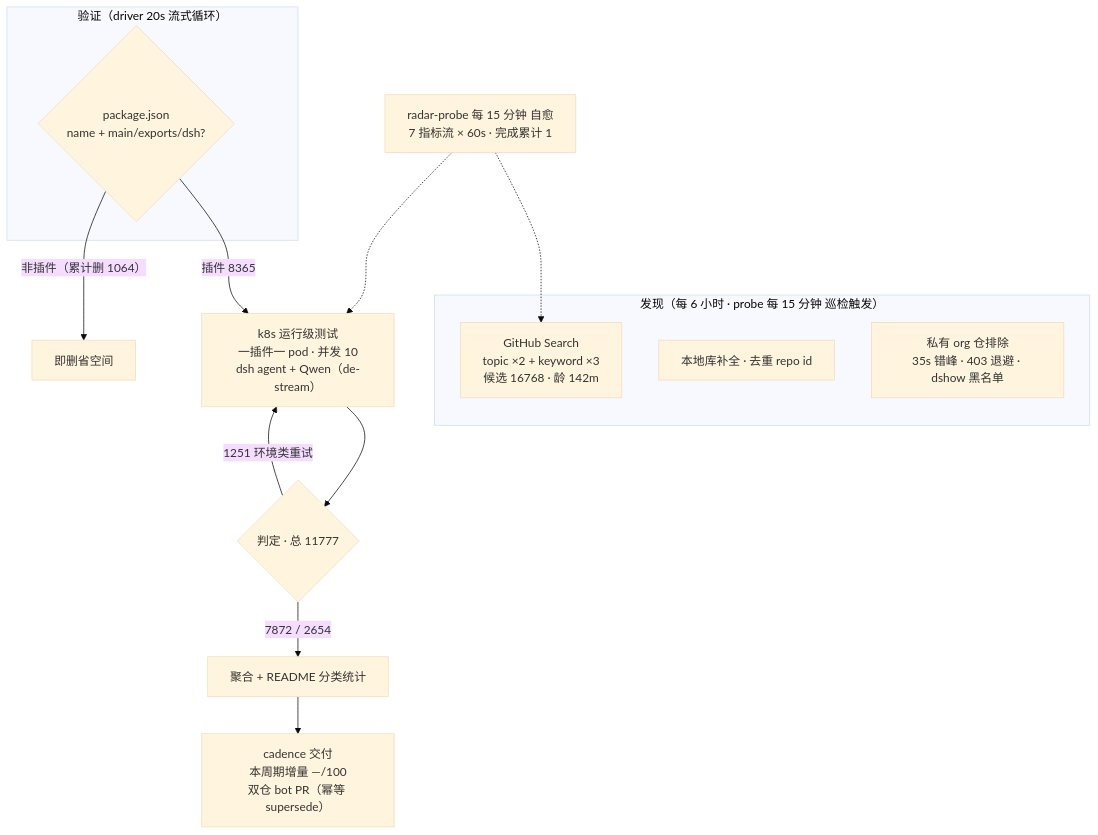
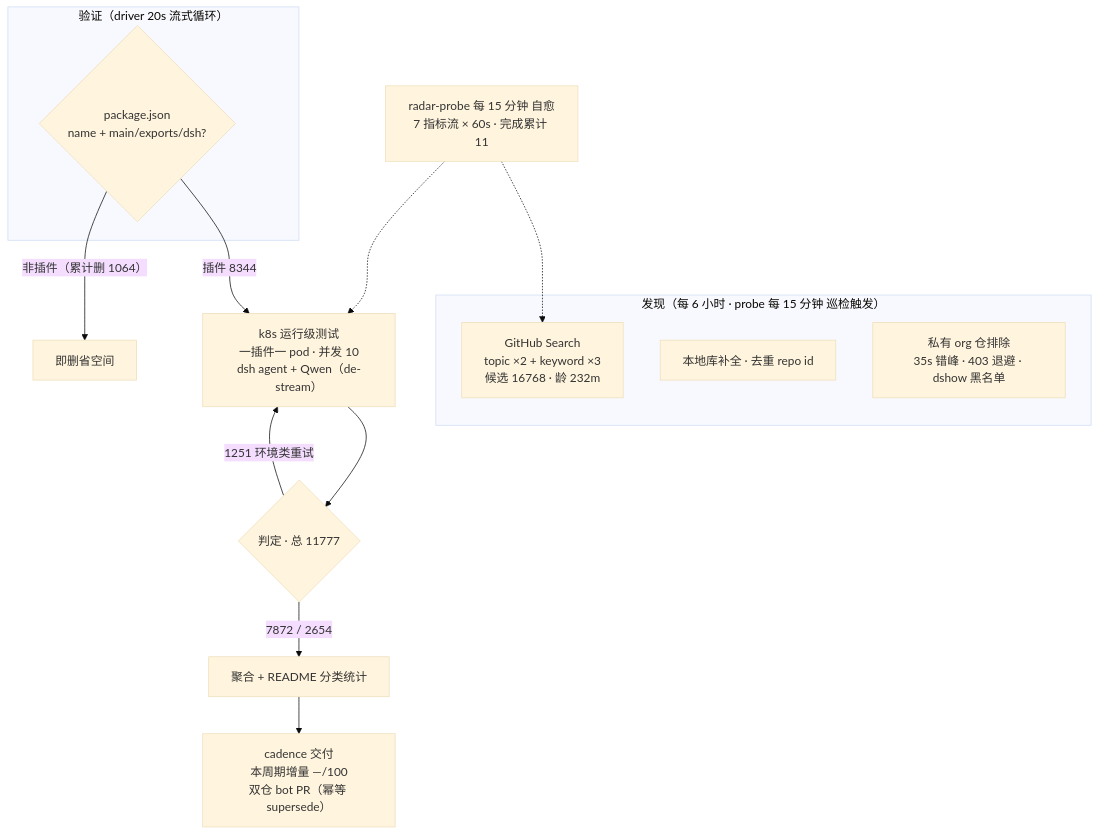
Before and after one commit to Zhidao-Lab-OSS/awesome-dsh-plugins: the diagram in README.md, drawn with Mermaid (base theme). The commit also changed other lines of this file and 1 other file, not shown here.

````diff
--- a/README.md
+++ b/README.md
@@ -52,20 +52,20 @@
 ```mermaid
 flowchart TB
     subgraph Discovery["发现（每 6 小时 · probe 每 15 分钟 巡检触发）"]
-        A1["GitHub Search<br/>topic ×2 + keyword ×3<br/>候选 16768 · 龄 142m"]
+        A1["GitHub Search<br/>topic ×2 + keyword ×3<br/>候选 16768 · 龄 232m"]
         A2["本地库补全 · 去重 repo id"]
         A3["私有 org 仓排除<br/>35s 错峰 · 403 退避 · dshow 黑名单"]
     end
     subgraph Validation["验证（driver 20s 流式循环）"]
         B1{"package.json<br/>name + main/exports/dsh?"}
     end
-    B1 -->|"插件 8365"| C1["k8s 运行级测试<br/>一插件一 pod · 并发 10<br/>dsh agent + Qwen（de-stream）"]
+    B1 -->|"插件 8344"| C1["k8s 运行级测试<br/>一插件一 pod · 并发 10<br/>dsh agent + Qwen（de-stream）"]
     B1 -->|"非插件（累计删 1064）"| B3["即删省空间"]
     C1 --> D1{"判定 · 总 11777"}
     D1 -->|"7872 / 2654"| E1["聚合 + README 分类统计"]
     D1 -->|"1251 环境类重试"| C1
     E1 --> E2["cadence 交付<br/>本周期增量 —/100<br/>双仓 bot PR（幂等 supersede）"]
-    M["radar-probe 每 15 分钟 自愈<br/>7 指标流 × 60s · 完成累计 1"]
+    M["radar-probe 每 15 分钟 自愈<br/>7 指标流 × 60s · 完成累计 11"]
     M -.-> A1
     M -.-> C1
 ```
````
